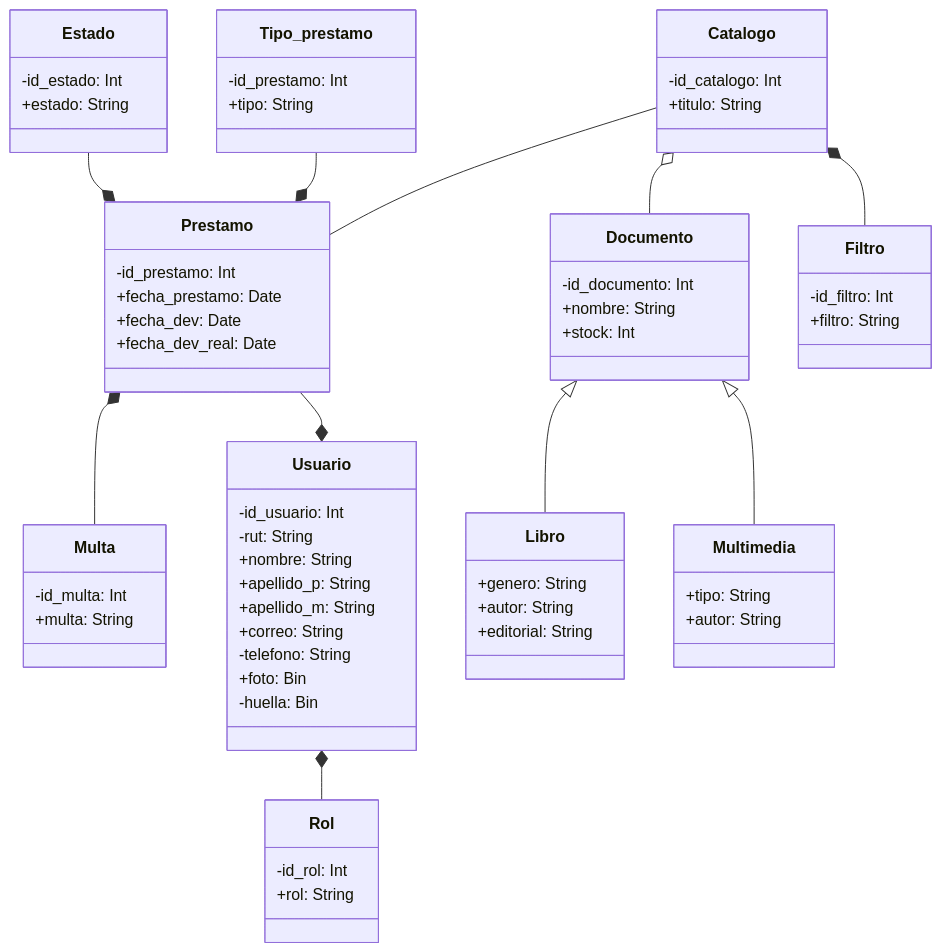
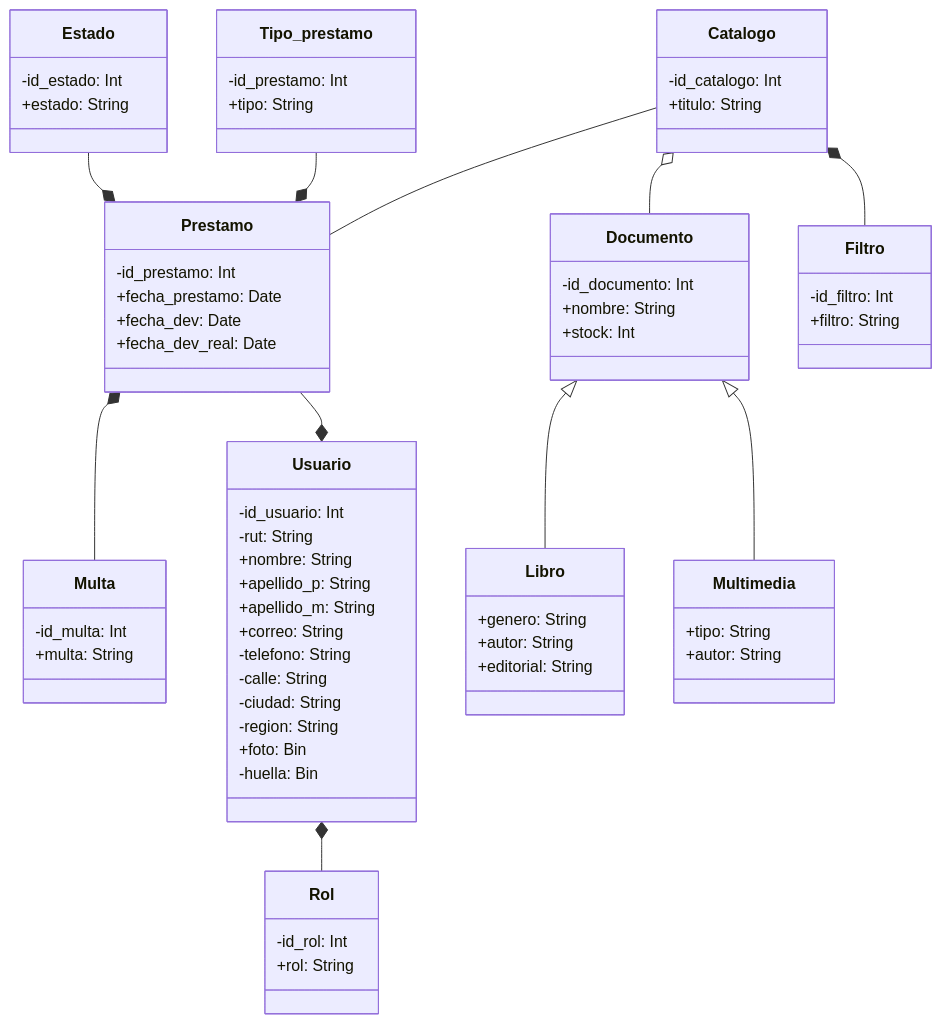
Before and after one commit to Halan07/Biblioteca: the diagram in ReadME.md, drawn with Mermaid.

````diff
--- a/ReadME.md
+++ b/ReadME.md
@@ -76,73 +76,76 @@
 ```mermaid
 classDiagram
 
     Estado --* Prestamo
     Tipo_prestamo --* Prestamo
     Prestamo *-- Multa
     Prestamo --* Usuario
     
     Usuario *-- Rol
     
     Catalogo -- Prestamo
     Catalogo o-- Documento
     Catalogo *-- Filtro
 
     Documento <|-- Libro
     Documento <|-- Multimedia
 
     class Usuario{
         -id_usuario: Int
         -rut: String
         +nombre: String
         +apellido_p: String
         +apellido_m: String
         +correo: String
         -telefono: String
+	-calle: String
+	-ciudad: String
+	-region: String
         +foto: Bin
         -huella: Bin
     }
     class Rol{
         -id_rol: Int
         +rol: String
     }
     class Documento{
         -id_documento: Int
 	+nombre: String
         +stock: Int
     }
     class Libro{
         +genero: String
         +autor: String
         +editorial: String
     }
     class Multimedia{
         +tipo: String
         +autor: String
     }
     class Prestamo{
         -id_prestamo: Int
         +fecha_prestamo: Date
         +fecha_dev: Date
         +fecha_dev_real: Date
     }
     class Estado{
         -id_estado: Int
         +estado: String
     }
     class Multa{
         -id_multa: Int
         +multa: String
     }
     class Catalogo{
         -id_catalogo: Int
         +titulo: String
     }
     class Filtro{
         -id_filtro: Int
         +filtro: String
     }
     class Tipo_prestamo{
         -id_prestamo: Int
         +tipo: String
     }
 ```
````
